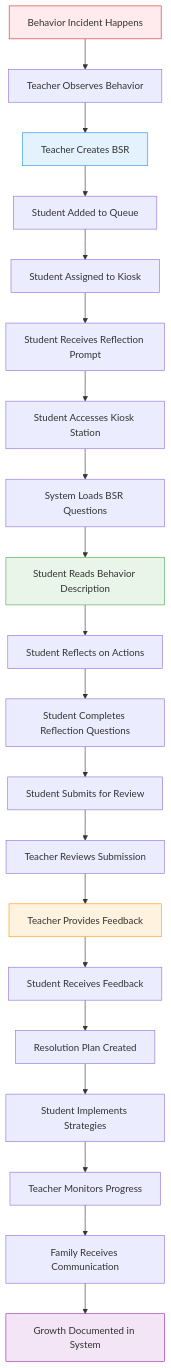
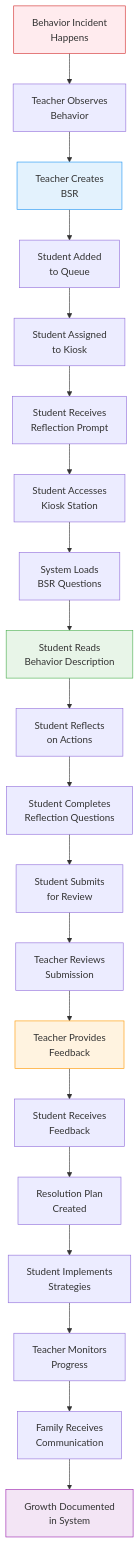
Before and after one commit to Splurfa/bx-os: the first of 4 diagrams in docs/flowcharts/User-Journeys/11-complete-student-journey.md, drawn with Mermaid. The commit also changed 11 other files, not shown here.

Commit message:
Fix flowchart text wrapping

````diff
--- a/docs/flowcharts/User-Journeys/11-complete-student-journey.md
+++ b/docs/flowcharts/User-Journeys/11-complete-student-journey.md
@@ -7,28 +7,28 @@
 ```mermaid
 flowchart TD
-    A[Behavior Incident Happens] --> B[Teacher Observes Behavior]
-    B --> C[Teacher Creates BSR]
-    C --> D[Student Added to Queue]
-    D --> E[Student Assigned to Kiosk]
-    E --> F[Student Receives Reflection Prompt]
-    F --> G[Student Accesses Kiosk Station]
-    G --> H[System Loads BSR Questions]
-    H --> I[Student Reads Behavior Description]
-    I --> J[Student Reflects on Actions]
-    J --> K[Student Completes Reflection Questions]
-    K --> L[Student Submits for Review]
-    L --> M[Teacher Reviews Submission]
-    M --> N[Teacher Provides Feedback]
-    N --> O[Student Receives Feedback]
-    O --> P[Resolution Plan Created]
-    P --> Q[Student Implements Strategies]
-    Q --> R[Teacher Monitors Progress]
-    R --> S[Family Receives Communication]
-    S --> T[Growth Documented in System]
+    A[Behavior Incident<br/>Happens] --> B[Teacher Observes<br/>Behavior]
+    B --> C[Teacher Creates<br/>BSR]
+    C --> D[Student Added<br/>to Queue]
+    D --> E[Student Assigned<br/>to Kiosk]
+    E --> F[Student Receives<br/>Reflection Prompt]
+    F --> G[Student Accesses<br/>Kiosk Station]
+    G --> H[System Loads<br/>BSR Questions]
+    H --> I[Student Reads<br/>Behavior Description]
+    I --> J[Student Reflects<br/>on Actions]
+    J --> K[Student Completes<br/>Reflection Questions]
+    K --> L[Student Submits<br/>for Review]
+    L --> M[Teacher Reviews<br/>Submission]
+    M --> N[Teacher Provides<br/>Feedback]
+    N --> O[Student Receives<br/>Feedback]
+    O --> P[Resolution Plan<br/>Created]
+    P --> Q[Student Implements<br/>Strategies]
+    Q --> R[Teacher Monitors<br/>Progress]
+    R --> S[Family Receives<br/>Communication]
+    S --> T[Growth Documented<br/>in System]
     
     style A fill:#ffebee,stroke:#d32f2f
     style C fill:#e3f2fd,stroke:#2196f3
     style I fill:#e8f5e8,stroke:#4caf50
     style N fill:#fff3e0,stroke:#ff9800
     style T fill:#f3e5f5,stroke:#9c27b0
 ```
````
